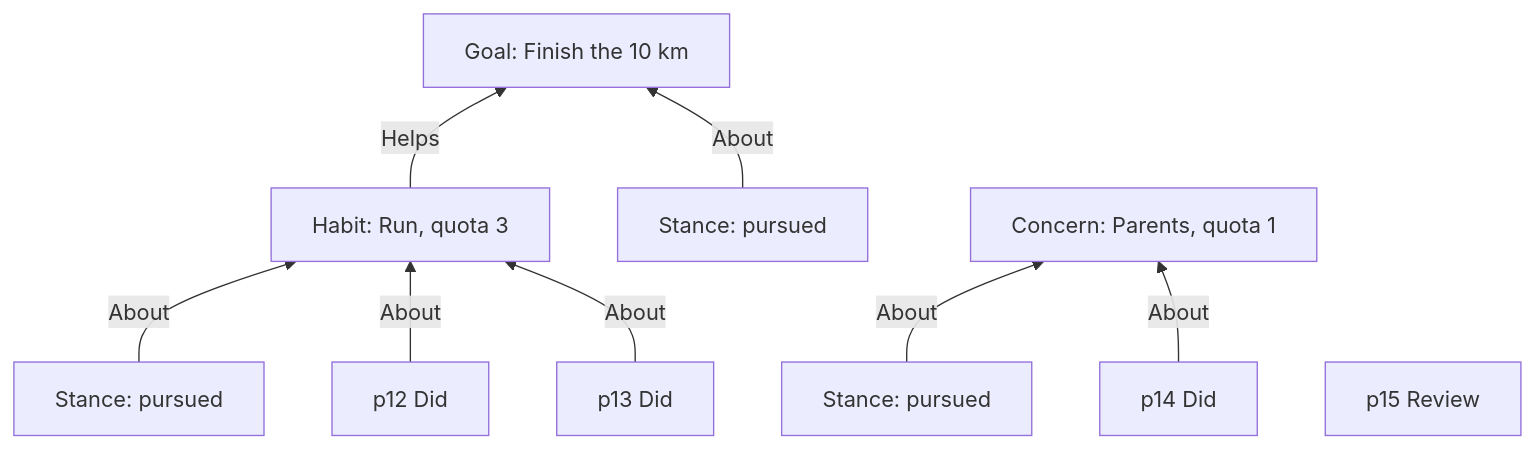
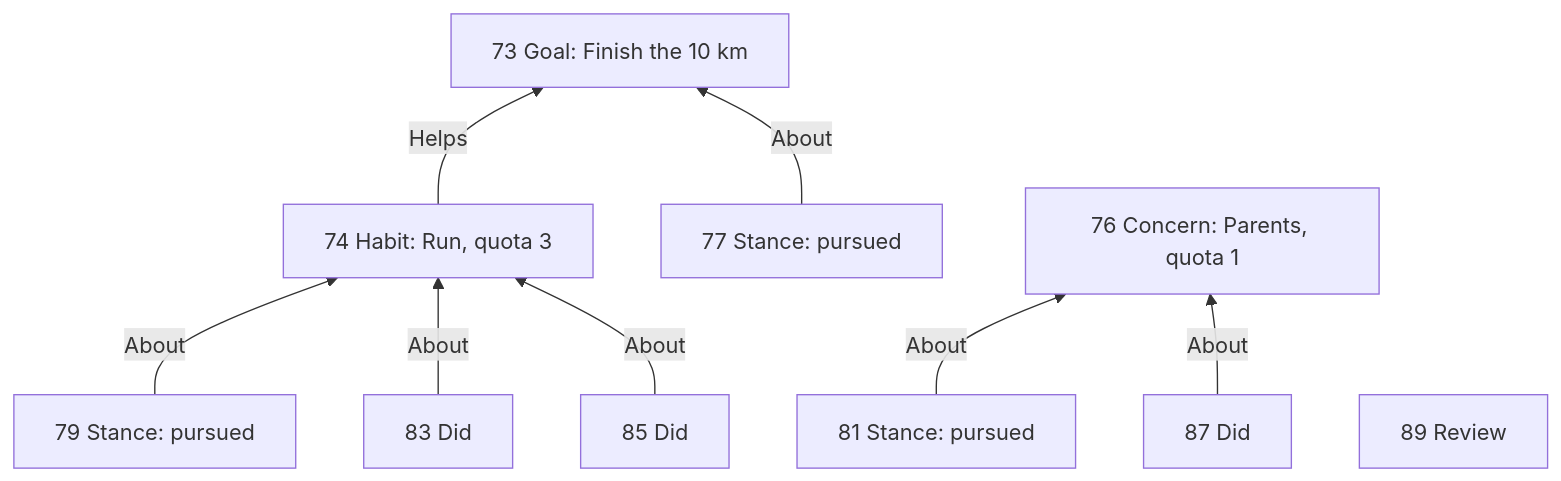
Before and after one commit to RezaOnGithub/lifecore: diagram 11 of 12 in docs/PLANNING-EXPLAINER.md, drawn with Mermaid. The commit also changed other lines of this file and 1 other file, not shown here.

````diff
--- a/docs/PLANNING-EXPLAINER.md
+++ b/docs/PLANNING-EXPLAINER.md
@@ -403,12 +1162,12 @@
 ```mermaid
 flowchart BT
-    H["Habit: Run, quota 3"] -- Helps --> G["Goal: Finish the 10 km"]
-    SG["Stance: pursued"] -- About --> G
-    SH["Stance: pursued"] -- About --> H
-    C["Concern: Parents, quota 1"]
-    SC["Stance: pursued"] -- About --> C
-    D1["p12 Did"] -- About --> H
-    D2["p13 Did"] -- About --> H
-    D3["p14 Did"] -- About --> C
-    R["p15 Review"]
+    H["74 Habit: Run, quota 3"] -- Helps --> G["73 Goal: Finish the 10 km"]
+    SG["77 Stance: pursued"] -- About --> G
+    SH["79 Stance: pursued"] -- About --> H
+    C["76 Concern: Parents, quota 1"]
+    SC["81 Stance: pursued"] -- About --> C
+    D1["83 Did"] -- About --> H
+    D2["85 Did"] -- About --> H
+    D3["87 Did"] -- About --> C
+    R["89 Review"]
 ```
````
